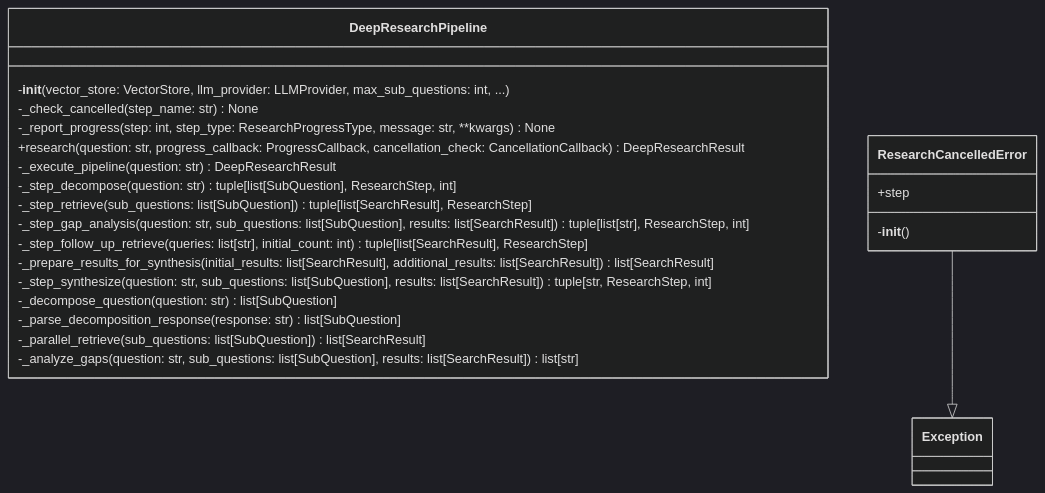
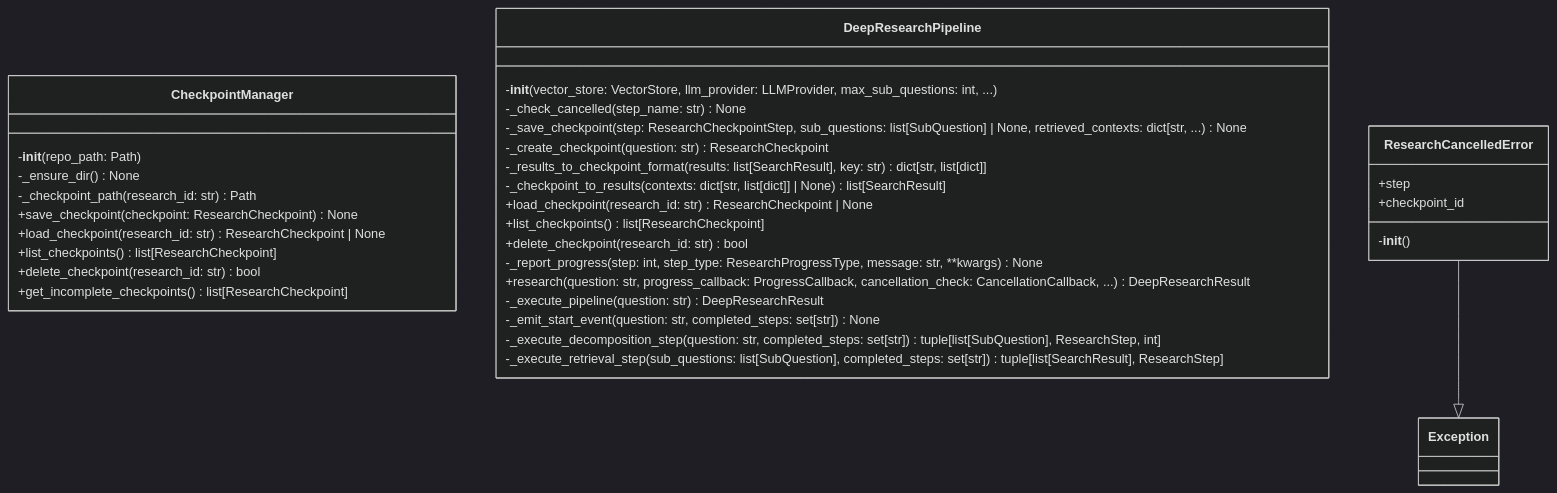
Before and after one commit to UrbanDiver/local-deepwiki-mcp: the first of 2 diagrams in .deepwiki/files/src/local_deepwiki/core/deep_research.md, drawn with Mermaid (dark theme). The commit also changed other lines of this file and 65 other files, not shown here.

````diff
--- a/.deepwiki/files/src/local_deepwiki/core/deep_research.md
+++ b/.deepwiki/files/src/local_deepwiki/core/deep_research.md
@@ -262,25 +992,36 @@
 ```mermaid
 classDiagram
+    class CheckpointManager {
+        -__init__(repo_path: Path)
+        -_ensure_dir() None
+        -_checkpoint_path(research_id: str) Path
+        +save_checkpoint(checkpoint: ResearchCheckpoint) None
+        +load_checkpoint(research_id: str) ResearchCheckpoint | None
+        +list_checkpoints() list[ResearchCheckpoint]
+        +delete_checkpoint(research_id: str) bool
+        +get_incomplete_checkpoints() list[ResearchCheckpoint]
+    }
     class DeepResearchPipeline {
         -__init__(vector_store: VectorStore, llm_provider: LLMProvider, max_sub_questions: int, ...)
         -_check_cancelled(step_name: str) None
+        -_save_checkpoint(step: ResearchCheckpointStep, sub_questions: list[SubQuestion] | None, retrieved_contexts: dict[str, ...) None
+        -_create_checkpoint(question: str) ResearchCheckpoint
+        -_results_to_checkpoint_format(results: list[SearchResult], key: str) dict[str, list[dict]]
+        -_checkpoint_to_results(contexts: dict[str, list[dict]] | None) list[SearchResult]
+        +load_checkpoint(research_id: str) ResearchCheckpoint | None
+        +list_checkpoints() list[ResearchCheckpoint]
+        +delete_checkpoint(research_id: str) bool
         -_report_progress(step: int, step_type: ResearchProgressType, message: str, **kwargs) None
-        +research(question: str, progress_callback: ProgressCallback, cancellation_check: CancellationCallback) DeepResearchResult
+        +research(question: str, progress_callback: ProgressCallback, cancellation_check: CancellationCallback, ...) DeepResearchResult
         -_execute_pipeline(question: str) DeepResearchResult
-        -_step_decompose(question: str) tuple[list[SubQuestion], ResearchStep, int]
-        -_step_retrieve(sub_questions: list[SubQuestion]) tuple[list[SearchResult], ResearchStep]
-        -_step_gap_analysis(question: str, sub_questions: list[SubQuestion], results: list[SearchResult]) tuple[list[str], ResearchStep, int]
-        -_step_follow_up_retrieve(queries: list[str], initial_count: int) tuple[list[SearchResult], ResearchStep]
-        -_prepare_results_for_synthesis(initial_results: list[SearchResult], additional_results: list[SearchResult]) list[SearchResult]
-        -_step_synthesize(question: str, sub_questions: list[SubQuestion], results: list[SearchResult]) tuple[str, ResearchStep, int]
-        -_decompose_question(question: str) list[SubQuestion]
-        -_parse_decomposition_response(response: str) list[SubQuestion]
-        -_parallel_retrieve(sub_questions: list[SubQuestion]) list[SearchResult]
-        -_analyze_gaps(question: str, sub_questions: list[SubQuestion], results: list[SearchResult]) list[str]
+        -_emit_start_event(question: str, completed_steps: set[str]) None
+        -_execute_decomposition_step(question: str, completed_steps: set[str]) tuple[list[SubQuestion], ResearchStep, int]
+        -_execute_retrieval_step(sub_questions: list[SubQuestion], completed_steps: set[str]) tuple[list[SearchResult], ResearchStep]
     }
     class ResearchCancelledError {
         +step
+        +checkpoint_id
         -__init__()
     }
     ResearchCancelledError --|> Exception
 ```
````
